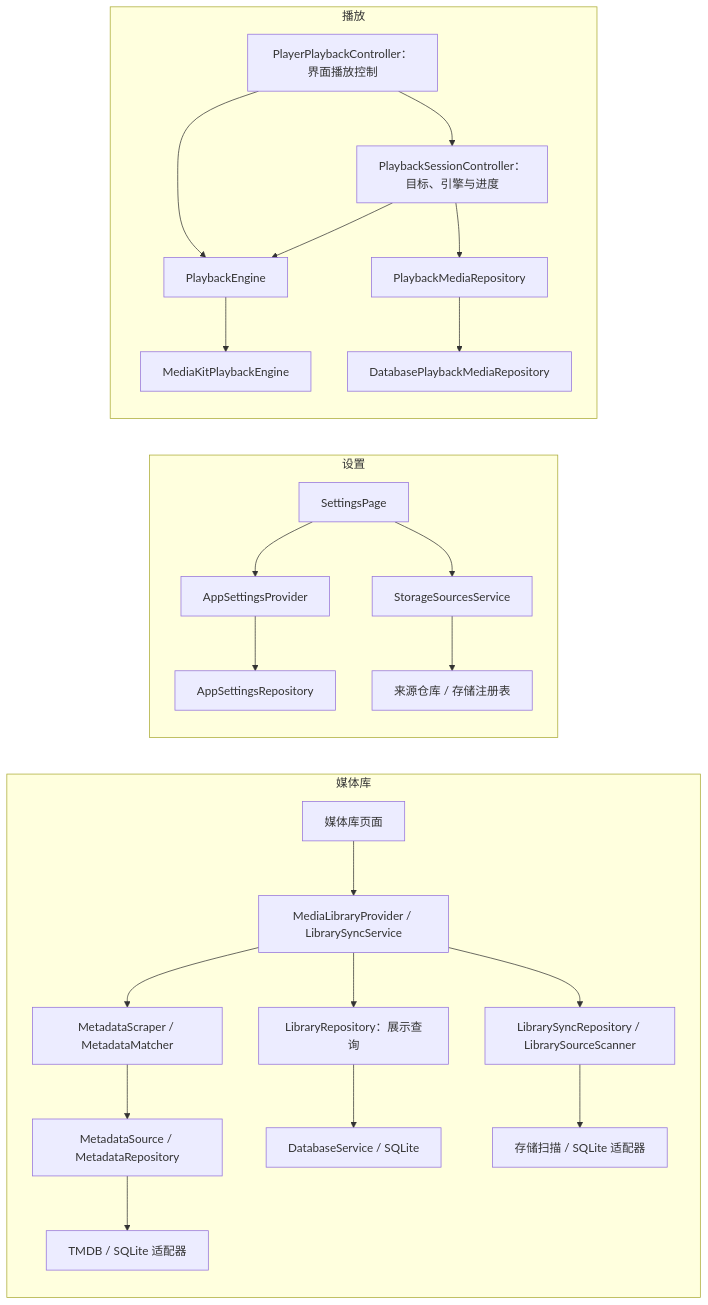
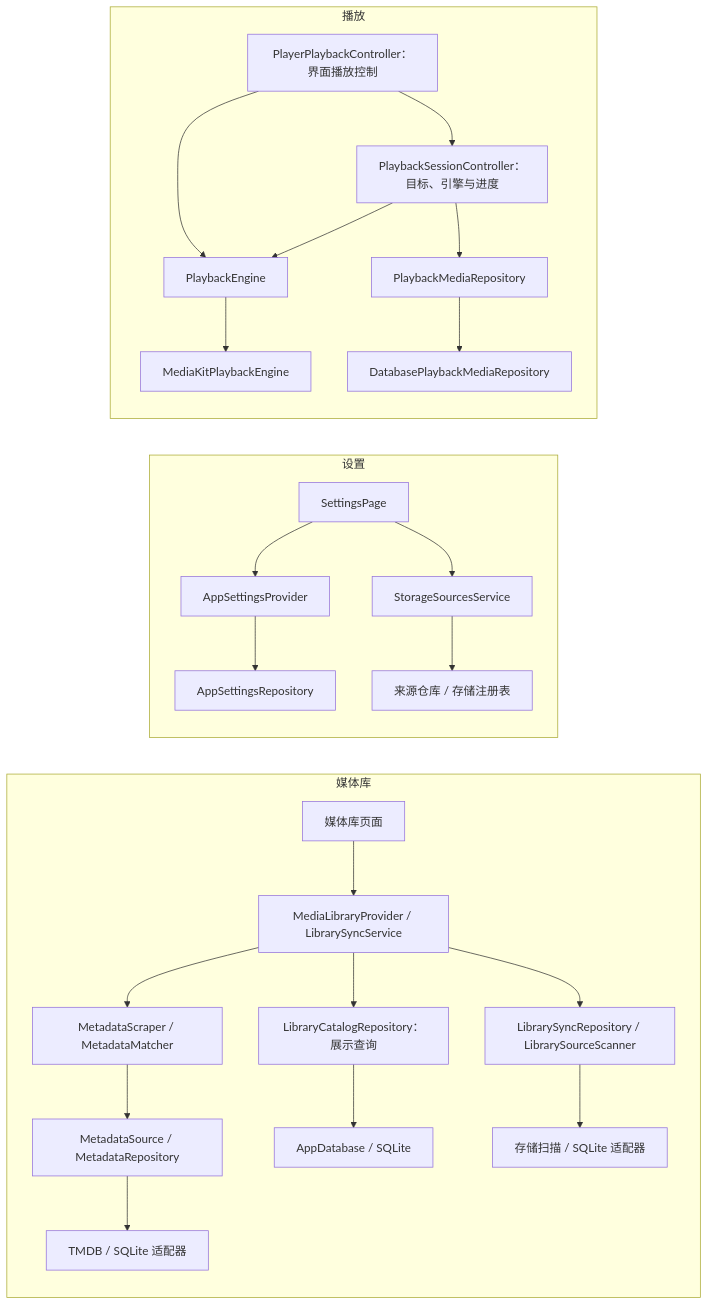
Before and after one commit to sen-to/mochi_player: the second of 3 diagrams in docs/architecture/overview.md, drawn with Mermaid. The commit also changed other lines of this file and 493 other files, not shown here.

````diff
--- a/docs/architecture/overview.md
+++ b/docs/architecture/overview.md
@@ -55,27 +55,27 @@
 ```mermaid
 flowchart LR
   subgraph LibraryPath["媒体库"]
     LibraryPage["媒体库页面"] --> LibraryApp["MediaLibraryProvider / LibrarySyncService"]
-    LibraryApp --> Queries["LibraryRepository：展示查询"]
+    LibraryApp --> Queries["LibraryCatalogRepository：展示查询"]
     LibraryApp --> Sync["LibrarySyncRepository / LibrarySourceScanner"]
     LibraryApp --> Scraper["MetadataScraper / MetadataMatcher"]
     Scraper --> Metadata["MetadataSource / MetadataRepository"]
-    Queries --> Database["DatabaseService / SQLite"]
+    Queries --> Database["AppDatabase / SQLite"]
     Sync --> Adapters["存储扫描 / SQLite 适配器"]
     Metadata --> MetadataBackend["TMDB / SQLite 适配器"]
   end
   subgraph SettingsPath["设置"]
     SettingsPage["SettingsPage"] --> SettingsApp["AppSettingsProvider"]
     SettingsApp --> Preferences["AppSettingsRepository"]
     SettingsPage --> SourcesApp["StorageSourcesService"]
     SourcesApp --> Storage["来源仓库 / 存储注册表"]
   end
   subgraph PlaybackPath["播放"]
     Player["PlayerPlaybackController：界面播放控制"] --> Session["PlaybackSessionController：目标、引擎与进度"]
     Session --> EngineContract["PlaybackEngine"]
     Player --> EngineContract
     EngineContract --> Backend["MediaKitPlaybackEngine"]
-    Session --> StoreContract["PlaybackMediaRepository"]
-    StoreContract --> Store["DatabasePlaybackMediaRepository"]
+    Session --> PlaybackRepositoryContract["PlaybackMediaRepository"]
+    PlaybackRepositoryContract --> PlaybackRepository["DatabasePlaybackMediaRepository"]
   end
 ```
````
